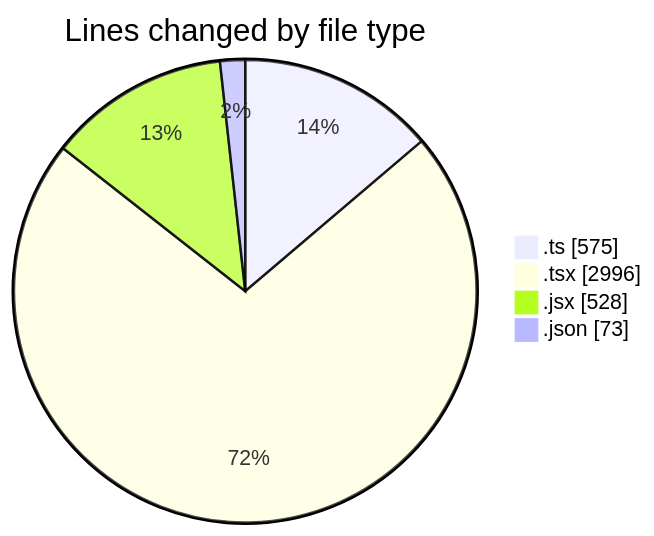
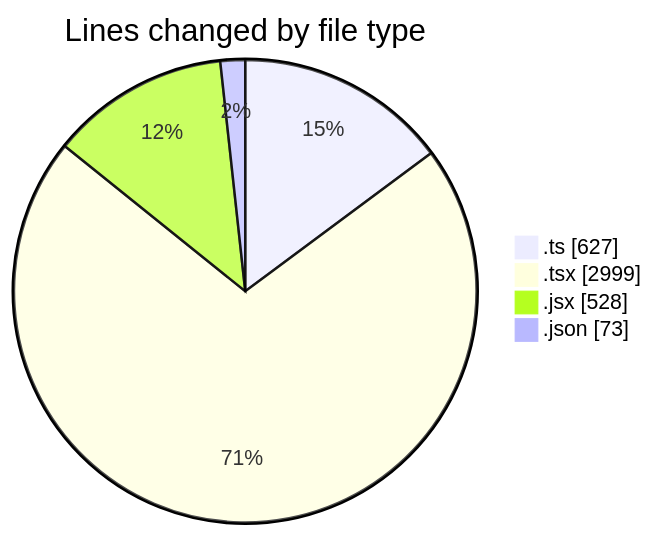
Before and after one commit to robertbonfada/code-tracking: the first of 2 diagrams in 2025-01-25/termonied-web/README.md, drawn with Mermaid. The commit also changed other lines of this file and 1 other file, not shown here.

````diff
--- a/2025-01-25/termonied-web/README.md
+++ b/2025-01-25/termonied-web/README.md
@@ -42,8 +42,8 @@
 ```mermaid
 pie showData
 title Lines changed by file type
-".ts" : 575
-".tsx" : 2996
+".ts" : 627
+".tsx" : 2999
 ".jsx" : 528
 ".json" : 73
 ```
````
